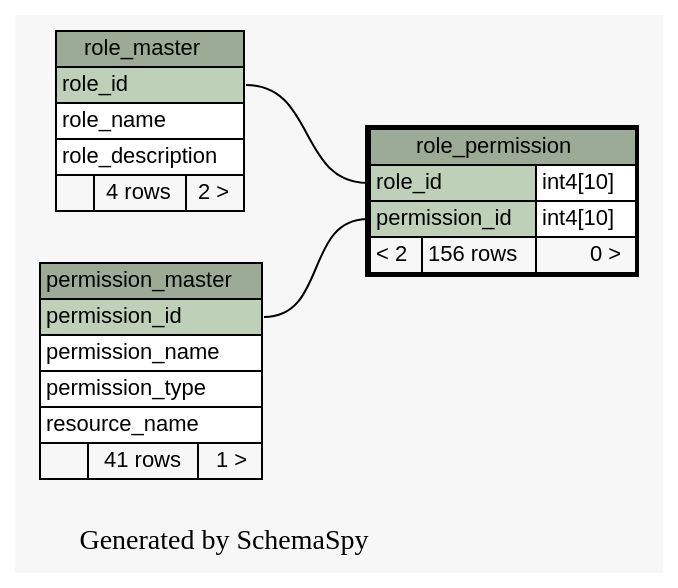
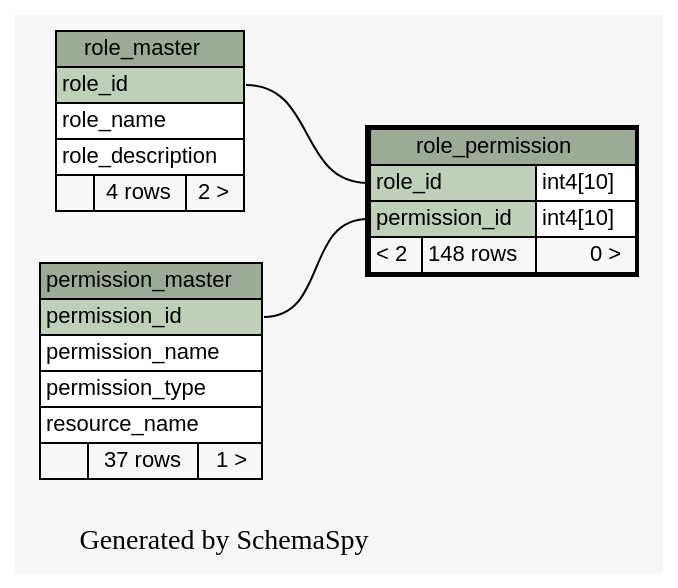
The diagram in docs/database/schemaspy/graphs/role_permission.1degree.dot (engineerscraft/hrms), drawn with Graphviz before and after one commit. The commit also changed 190 other files, not shown here.

```diff
--- a/docs/database/schemaspy/graphs/role_permission.1degree.dot
+++ b/docs/database/schemaspy/graphs/role_permission.1degree.dot
@@ -1,55 +1,55 @@
-// dot 2.38.0 on Windows 8.1 6.3
+// dot 2.38.0 on Windows 7 6.1
 digraph "oneDegreeRelationshipsGraph" {
   graph [
     rankdir="RL"
     bgcolor="#f7f7f7"
     label="\nGenerated by SchemaSpy"
     labeljust="l"
   ];
   node [
     fontname="Helvetica"
     fontsize="11"
     shape="plaintext"
   ];
   edge [
     arrowsize="0.8"
   ];
   "role_permission":"permission_id":w -> "permission_master":"permission_id":e [arrowtail=crowtee arrowhead=none];
   "role_permission":"role_id":w -> "role_master":"role_id":e [arrowtail=crowtee arrowhead=none];
   "permission_master" [
     label=<
     <TABLE BORDER="0" CELLBORDER="1" CELLSPACING="0" BGCOLOR="#ffffff">
       <TR><TD PORT="permission_master.heading" COLSPAN="3" BGCOLOR="#9bab96" ALIGN="CENTER">permission_master</TD></TR>
       <TR><TD PORT="permission_id" COLSPAN="3" BGCOLOR="#bed1b8" ALIGN="LEFT">permission_id</TD></TR>
       <TR><TD PORT="permission_name" COLSPAN="3" ALIGN="LEFT">permission_name</TD></TR>
       <TR><TD PORT="permission_type" COLSPAN="3" ALIGN="LEFT">permission_type</TD></TR>
       <TR><TD PORT="resource_name" COLSPAN="3" ALIGN="LEFT">resource_name</TD></TR>
-      <TR><TD ALIGN="LEFT" BGCOLOR="#f7f7f7">  </TD><TD ALIGN="RIGHT" BGCOLOR="#f7f7f7">41 rows</TD><TD ALIGN="RIGHT" BGCOLOR="#f7f7f7">1 &gt;</TD></TR>
+      <TR><TD ALIGN="LEFT" BGCOLOR="#f7f7f7">  </TD><TD ALIGN="RIGHT" BGCOLOR="#f7f7f7">37 rows</TD><TD ALIGN="RIGHT" BGCOLOR="#f7f7f7">1 &gt;</TD></TR>
     </TABLE>>
     URL="permission_master.html#graph"
     tooltip="permission_master"
   ];
   "role_master" [
     label=<
     <TABLE BORDER="0" CELLBORDER="1" CELLSPACING="0" BGCOLOR="#ffffff">
       <TR><TD PORT="role_master.heading" COLSPAN="3" BGCOLOR="#9bab96" ALIGN="CENTER">role_master</TD></TR>
       <TR><TD PORT="role_id" COLSPAN="3" BGCOLOR="#bed1b8" ALIGN="LEFT">role_id</TD></TR>
       <TR><TD PORT="role_name" COLSPAN="3" ALIGN="LEFT">role_name</TD></TR>
       <TR><TD PORT="role_description" COLSPAN="3" ALIGN="LEFT">role_description</TD></TR>
       <TR><TD ALIGN="LEFT" BGCOLOR="#f7f7f7">  </TD><TD ALIGN="RIGHT" BGCOLOR="#f7f7f7">4 rows</TD><TD ALIGN="RIGHT" BGCOLOR="#f7f7f7">2 &gt;</TD></TR>
     </TABLE>>
     URL="role_master.html#graph"
     tooltip="role_master"
   ];
   "role_permission" [
     label=<
     <TABLE BORDER="2" CELLBORDER="1" CELLSPACING="0" BGCOLOR="#ffffff">
       <TR><TD PORT="role_permission.heading" COLSPAN="3" BGCOLOR="#9bab96" ALIGN="CENTER">role_permission</TD></TR>
       <TR><TD PORT="role_id" COLSPAN="2" BGCOLOR="#bed1b8" ALIGN="LEFT">role_id</TD><TD PORT="role_id.type" ALIGN="LEFT">int4[10]</TD></TR>
       <TR><TD PORT="permission_id" COLSPAN="2" BGCOLOR="#bed1b8" ALIGN="LEFT">permission_id</TD><TD PORT="permission_id.type" ALIGN="LEFT">int4[10]</TD></TR>
-      <TR><TD ALIGN="LEFT" BGCOLOR="#f7f7f7">&lt; 2</TD><TD ALIGN="RIGHT" BGCOLOR="#f7f7f7">156 rows</TD><TD ALIGN="RIGHT" BGCOLOR="#f7f7f7">0 &gt;</TD></TR>
+      <TR><TD ALIGN="LEFT" BGCOLOR="#f7f7f7">&lt; 2</TD><TD ALIGN="RIGHT" BGCOLOR="#f7f7f7">148 rows</TD><TD ALIGN="RIGHT" BGCOLOR="#f7f7f7">0 &gt;</TD></TR>
     </TABLE>>
     URL="role_permission.html#"
     tooltip="role_permission"
   ];
 }
```
